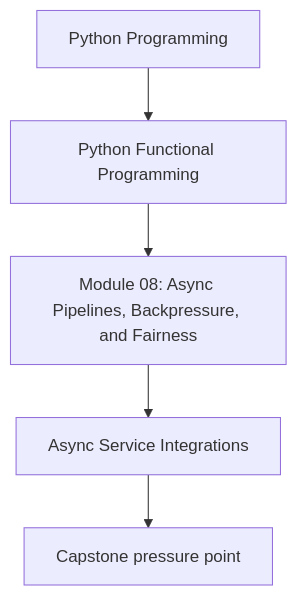
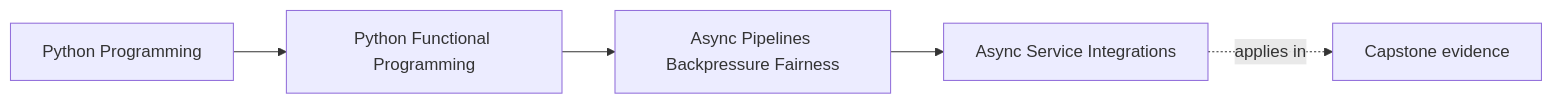
The first of 2 diagrams in programs/python-programming/python-functional-programming/course-book/module-08-async-pipelines-backpressure-fairness/async-service-integrations.md (bijux/bijux-masterclass), drawn with Mermaid before and after one commit. The commit also changed other lines of this file and 108 other files, not shown here.

Commit message:
docs(python-functional-programming): map capstone and advanced design surfaces

````diff
--- a/programs/python-programming/python-functional-programming/course-book/module-08-async-pipelines-backpressure-fairness/async-service-integrations.md
+++ b/programs/python-programming/python-functional-programming/course-book/module-08-async-pipelines-backpressure-fairness/async-service-integrations.md
@@ -7,7 +7,11 @@
 ```mermaid
-flowchart TD
-  family["Python Programming"] --> program["Python Functional Programming"]
-  program --> module["Module 08: Async Pipelines, Backpressure, and Fairness"]
-  module --> concept["Async Service Integrations"]
-  concept --> capstone["Capstone pressure point"]
+graph LR
+  family["Python Programming"]
+  program["Python Functional Programming"]
+  section["Async Pipelines Backpressure Fairness"]
+  page["Async Service Integrations"]
+  capstone["Capstone evidence"]
+
+  family --> program --> section --> page
+  page -.applies in.-> capstone
 ```
````
